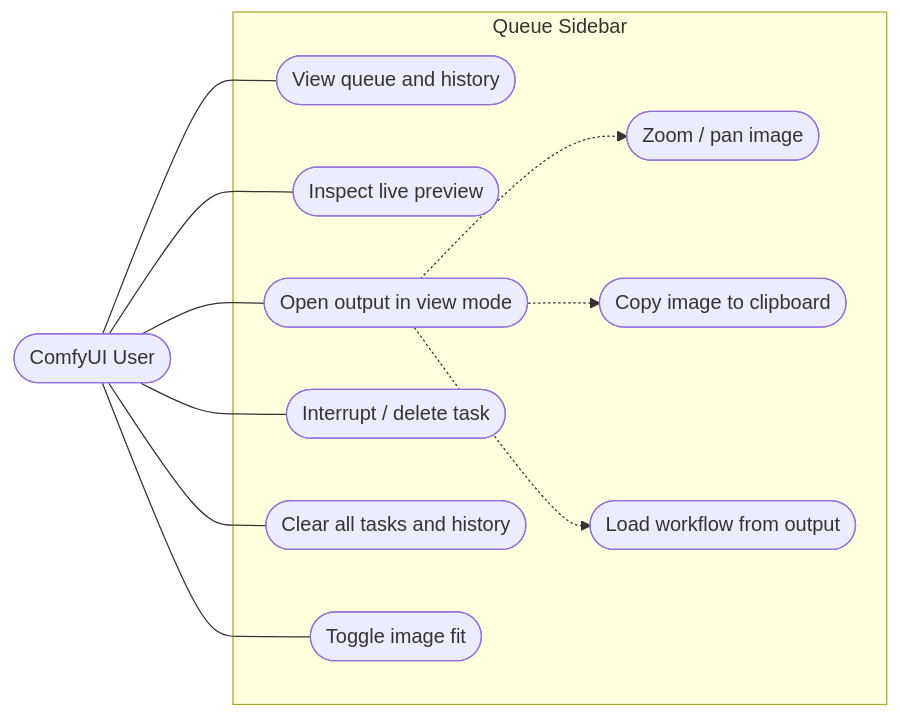
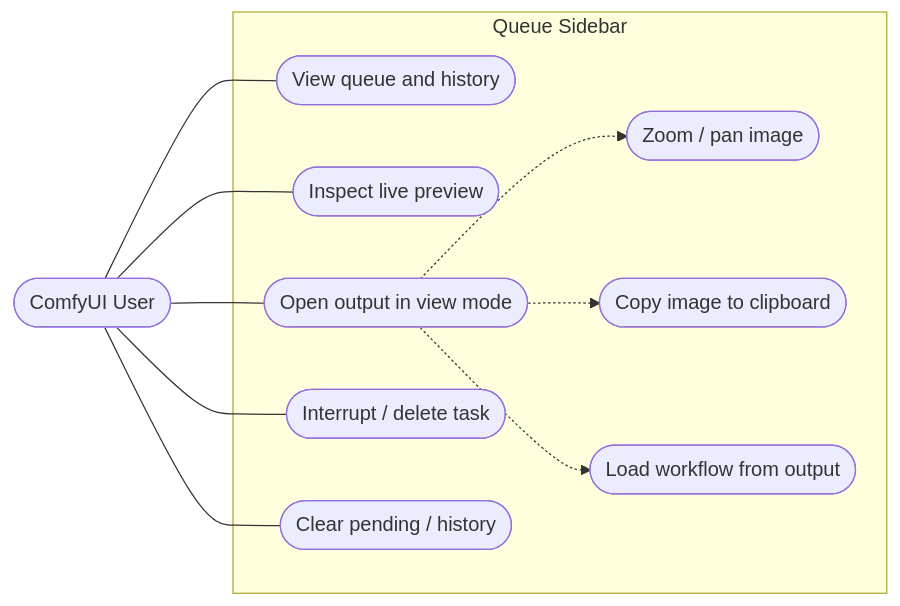
The diagram in docs/SPEC.md (Zhen-Bo/comfyui_queue_sidebar), drawn with Mermaid before and after one commit. The commit also changed other lines of this file and 26 other files, not shown here.

````diff
--- a/docs/SPEC.md
+++ b/docs/SPEC.md
@@ -41,26 +41,24 @@
 ```mermaid
 flowchart LR
     user([ComfyUI User])
 
     subgraph QS[Queue Sidebar]
         uc1([View queue and history])
         uc2([Inspect live preview])
         uc3([Open output in view mode])
         uc4([Zoom / pan image])
         uc5([Copy image to clipboard])
         uc6([Load workflow from output])
         uc7([Interrupt / delete task])
-        uc8([Clear all tasks and history])
-        uc9([Toggle image fit])
+        uc8([Clear pending / history])
     end
 
     user --- uc1
     user --- uc2
     user --- uc3
     user --- uc7
     user --- uc8
-    user --- uc9
     uc3 -.-> uc4
     uc3 -.-> uc5
     uc3 -.-> uc6
 ```
````
